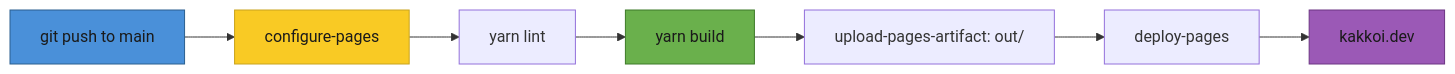
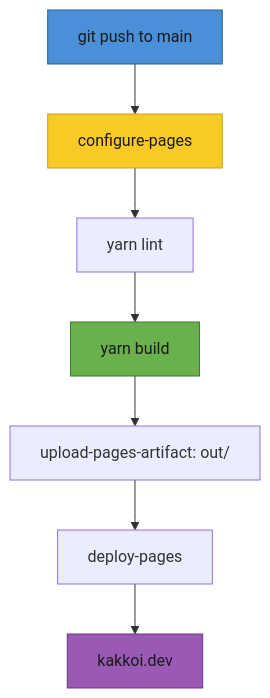
Before and after one commit to KakkoiDev/izumo-io: the first of 3 diagrams in docs/ja/lessons/t40.md, drawn with Mermaid. The commit also changed other lines of this file and 7 other files, not shown here.

````diff
--- a/docs/ja/lessons/t40.md
+++ b/docs/ja/lessons/t40.md
@@ -281,13 +279,13 @@
 ```mermaid
-flowchart LR
+flowchart TB
     A["git push to main"] --> B["configure-pages"]
     B --> C["yarn lint"]
     C --> D["yarn build"]
     D --> E["upload-pages-artifact: out/"]
     E --> F["deploy-pages"]
     F --> G["kakkoi.dev"]
     style A fill:#4a90d9,stroke:#2a5f8f,color:#1a1a1a
     style B fill:#f9ca24,stroke:#c9a31e,color:#1a1a1a
     style D fill:#6ab04c,stroke:#3d7a28,color:#1a1a1a
     style G fill:#9b59b6,stroke:#6c3483,color:#1a1a1a
 ```
````
